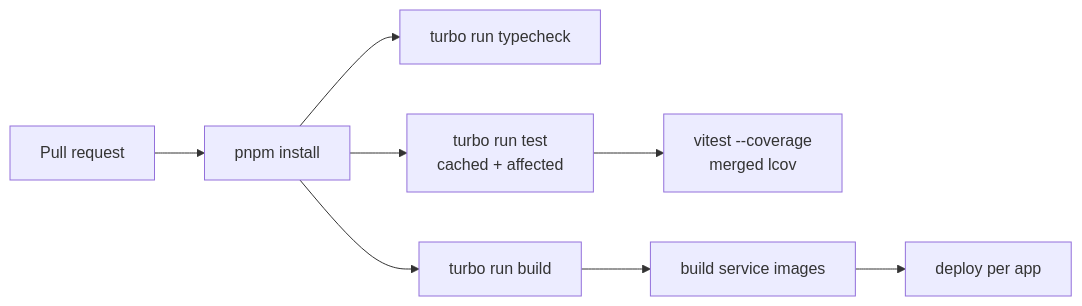
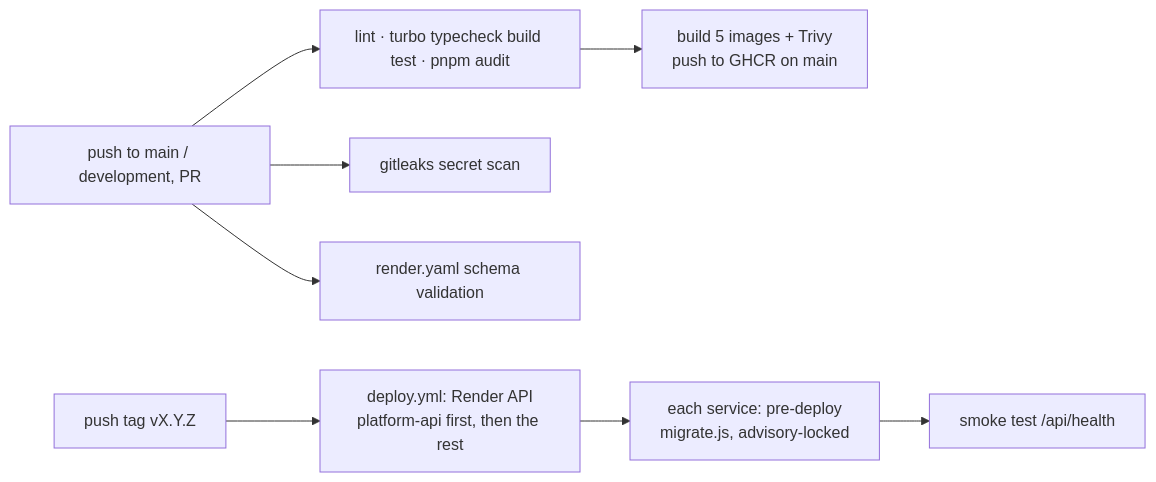
One commit to HritikKaushik/Meshify changed the first of 2 diagrams in docs/operations/deployment.md. Above: the diagram before and after it, drawn with Mermaid. The commit also changed other lines of this file and 18 other files, not shown here.

````diff
--- a/docs/operations/deployment.md
+++ b/docs/operations/deployment.md
@@ -31,10 +31,10 @@
 ```mermaid
 flowchart LR
-  pr[Pull request] --> install[pnpm install]
-  install --> tc[turbo run typecheck]
-  install --> build[turbo run build]
-  install --> test[turbo run test<br/>cached + affected]
-  test --> cov[vitest --coverage<br/>merged lcov]
-  build --> images[build service images]
-  images --> deploy[deploy per app]
+  push[push to main / development, PR] --> verify[lint · turbo typecheck build test · pnpm audit]
+  push --> scan[gitleaks secret scan]
+  push --> bp[render.yaml schema validation]
+  verify --> images[build 5 images + Trivy<br/>push to GHCR on main]
+  tag[push tag vX.Y.Z] --> rollout[deploy.yml: Render API<br/>platform-api first, then the rest]
+  rollout --> predeploy[each service: pre-deploy<br/>migrate.js, advisory-locked]
+  predeploy --> smoke[smoke test /api/health]
 ```
````
